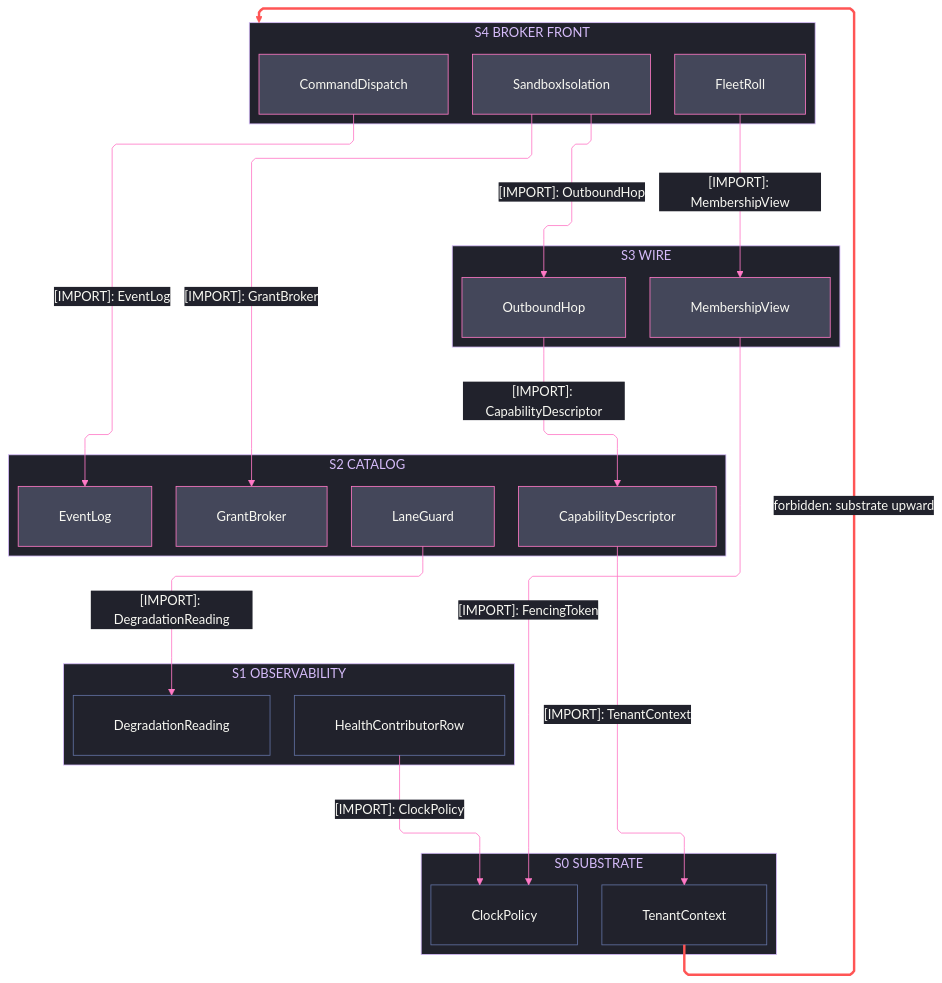
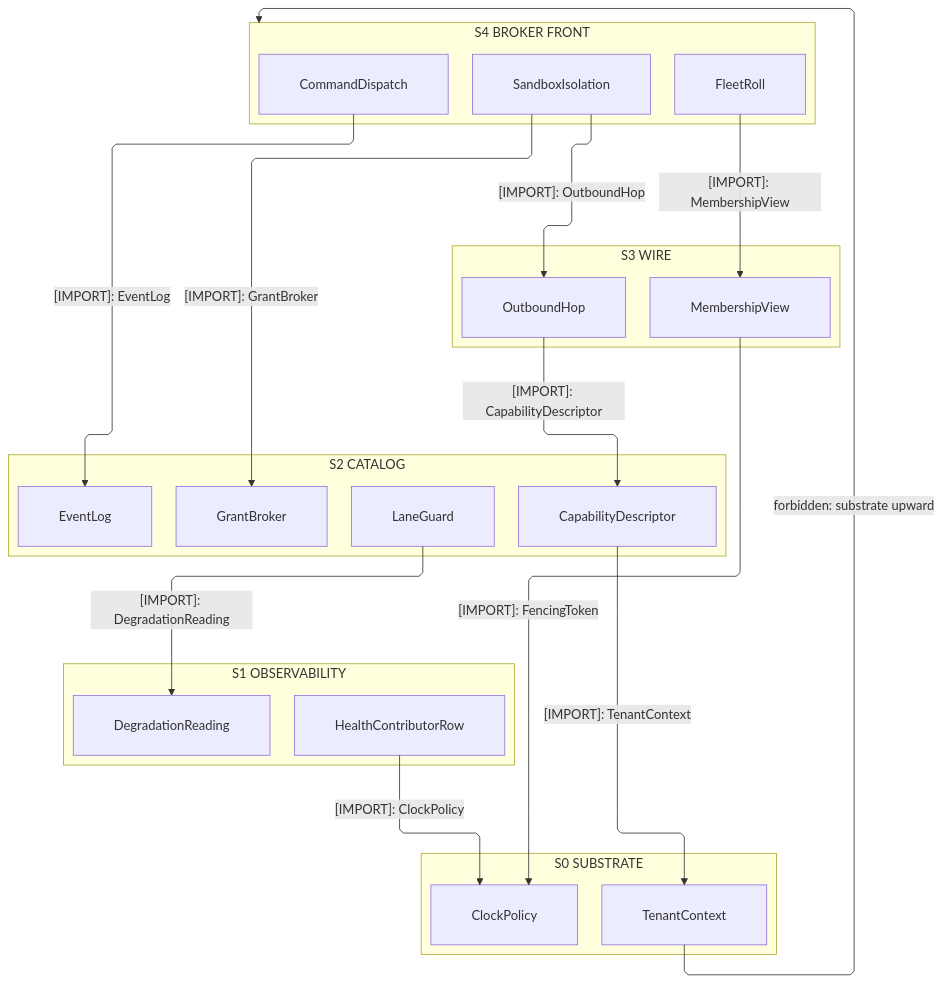
Before and after one commit to bsamiee/Rasm: the first of 4 diagrams in libs/csharp/Rasm.AppHost/ARCHITECTURE.md, drawn with Mermaid. The commit also changed other lines of this file and 460 other files, not shown here.

````diff
--- a/libs/csharp/Rasm.AppHost/ARCHITECTURE.md
+++ b/libs/csharp/Rasm.AppHost/ARCHITECTURE.md
@@ -59,72 +62,45 @@
 ```mermaid
 ---
 config:
-  theme: base
-  look: classic
   layout: elk
   flowchart:
     curve: linear
     padding: 25
-  themeVariables:
-    darkMode: true
-    fontFamily: "SF Mono, Menlo, Cascadia Mono, Segoe UI Mono, Consolas, monospace"
-    useGradient: false
-    dropShadow: "none"
-    background: "#282A36"
-    primaryColor: "#44475A"
-    primaryTextColor: "#F8F8F2"
-    primaryBorderColor: "#BD93F9"
-    lineColor: "#FF79C6"
-    textColor: "#F8F8F2"
-    clusterBkg: "#21222C"
-    clusterBorder: "#D6BCFA"
-    edgeLabelBackground: "#21222C"
-    labelBackgroundColor: "#21222C"
-    titleColor: "#D6BCFA"
-  themeCSS: ".nodeLabel{font-size:13px;font-weight:500}.edgeLabel{font-size:12px;font-weight:500}.cluster-label .nodeLabel{font-size:13.5px;font-weight:700;letter-spacing:.08em}.edge-thickness-normal{stroke-width:2px}.edge-thickness-thick{stroke-width:3px}.edge-pattern-dashed,.edge-pattern-dotted{stroke-width:1.5px;stroke-dasharray:4 6}.node rect,.node circle,.node polygon,.node path,.node .outer-path{stroke-width:1.5px;filter:none!important}.cluster rect{stroke-width:1px!important;stroke-dasharray:5 4!important;filter:none!important}.marker path{transform:scale(.8);transform-origin:5px 5px}.marker circle{transform:scale(.48);transform-origin:5px 5px}.edgeLabel rect{transform-box:fill-box;transform-origin:center;transform:scale(1.1,1.2)}"
 ---
 flowchart TB
     accTitle: AppHost interior strata
-    accDescr: Five stacked strata from the broker front through wire delivery and the capability catalog onto the observability grade and the runtime substrate, every consumption edge downward and solid naming one sourced type, and one forbidden upward edge styled red.
+    accDescr: Five stacked strata from the broker front through wire delivery and the capability catalog onto the observability grade and the runtime substrate, every consumption edge pointing downward and naming one sourced type, and one forbidden upward edge.
     subgraph L4["S4 BROKER FRONT"]
         Isolation[SandboxIsolation]
         Roll[FleetRoll]
         Dispatch[CommandDispatch]
     end
     subgraph L3["S3 WIRE"]
         Outbound[OutboundHop]
         Membership[MembershipView]
     end
     subgraph L2["S2 CATALOG"]
         Capability[CapabilityDescriptor]
         Broker[GrantBroker]
         Log[EventLog]
         LaneGuard[LaneGuard]
     end
     subgraph L1["S1 OBSERVABILITY"]
         Health[HealthContributorRow]
         Reading[DegradationReading]
     end
     subgraph L0["S0 SUBSTRATE"]
         Tenant[TenantContext]
         Clock[ClockPolicy]
     end
-    Dispatch e1@-->|"[IMPORT]: EventLog"| Log
-    Isolation e2@-->|"[IMPORT]: GrantBroker"| Broker
-    Isolation e3@-->|"[IMPORT]: OutboundHop"| Outbound
-    Roll e4@-->|"[IMPORT]: MembershipView"| Membership
-    Outbound e5@-->|"[IMPORT]: CapabilityDescriptor"| Capability
-    Membership e6@-->|"[IMPORT]: FencingToken"| Clock
-    LaneGuard e7@-->|"[IMPORT]: DegradationReading"| Reading
-    Capability e8@-->|"[IMPORT]: TenantContext"| Tenant
-    Health e9@-->|"[IMPORT]: ClockPolicy"| Clock
-    Tenant f1@-->|"forbidden: substrate upward"| L4
-    classDef primary fill:#44475A,stroke:#FF79C6,color:#F8F8F2
-    classDef recessed fill:#21222C,stroke:#6272A4,color:#F8F8F2
-    classDef edgeControl stroke:#FF79C6,color:#F8F8F2
-    classDef edgeError stroke:#FF5555,stroke-width:3px,color:#F8F8F2
-    class Isolation,Roll,Dispatch,Outbound,Membership,Capability,Broker,Log,LaneGuard primary
-    class Health,Reading,Tenant,Clock recessed
-    class e1,e2,e3,e4,e5,e6,e7,e8,e9 edgeControl
-    class f1 edgeError
+    Dispatch -->|"[IMPORT]: EventLog"| Log
+    Isolation -->|"[IMPORT]: GrantBroker"| Broker
+    Isolation -->|"[IMPORT]: OutboundHop"| Outbound
+    Roll -->|"[IMPORT]: MembershipView"| Membership
+    Outbound -->|"[IMPORT]: CapabilityDescriptor"| Capability
+    Membership -->|"[IMPORT]: FencingToken"| Clock
+    LaneGuard -->|"[IMPORT]: DegradationReading"| Reading
+    Capability -->|"[IMPORT]: TenantContext"| Tenant
+    Health -->|"[IMPORT]: ClockPolicy"| Clock
+    Tenant -->|"forbidden: substrate upward"| L4
 ```
````
